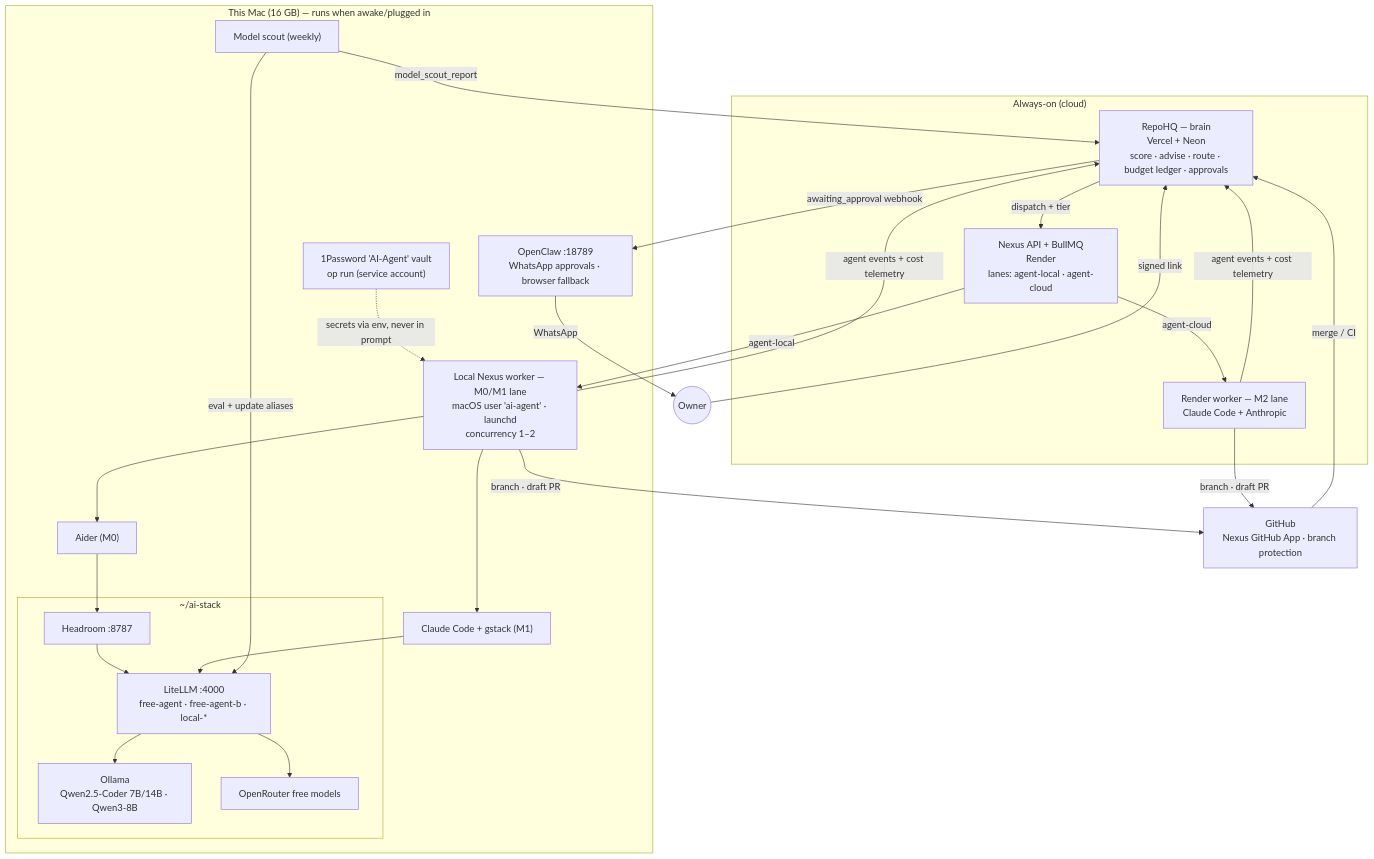
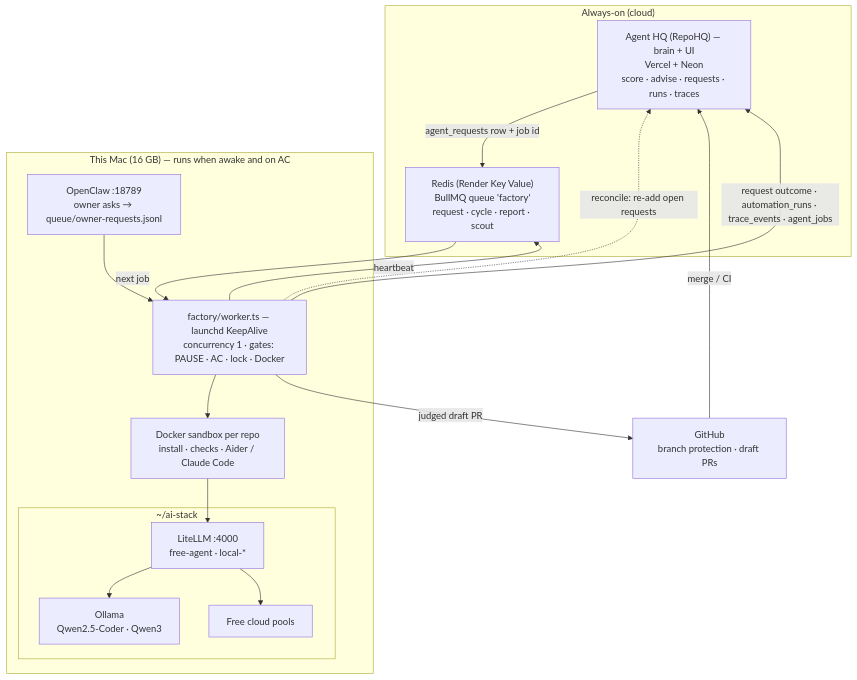
One commit to smithdavedesign/Github-HQ changed the second of 2 diagrams in docs/autonomous-factory.md. Above: the diagram before and after it, drawn with Mermaid. The commit also changed other lines of this file and 146 other files, not shown here.

First line of the commit message:
One agent system: factory as the only executor, Nexus queue moved in (Phase 81) (#25)

````diff
--- a/docs/autonomous-factory.md
+++ b/docs/autonomous-factory.md
@@ -265,39 +268,30 @@
 ```mermaid
 flowchart TB
     subgraph Cloud["Always-on (cloud)"]
-        RHQ["RepoHQ — brain\nVercel + Neon\nscore · advise · route · budget ledger · approvals"]
-        NX["Nexus API + BullMQ\nRender\nlanes: agent-local · agent-cloud"]
-        RW["Render worker — M2 lane\nClaude Code + Anthropic"]
+        RHQ["Agent HQ (RepoHQ) — brain + UI\nVercel + Neon\nscore · advise · requests · runs · traces"]
+        RD["Redis (Render Key Value)\nBullMQ queue 'factory'\nrequest · cycle · report · scout"]
     end
 
-    subgraph Mac["This Mac (16 GB) — runs when awake/plugged in"]
-        LW["Local Nexus worker — M0/M1 lane\nmacOS user 'ai-agent' · launchd\nconcurrency 1–2"]
-        AID["Aider (M0)"]
-        CC["Claude Code + gstack (M1)"]
+    subgraph Mac["This Mac (16 GB) — runs when awake and on AC"]
+        W["factory/worker.ts — launchd KeepAlive\nconcurrency 1 · gates: PAUSE · AC · lock · Docker"]
+        SB["Docker sandbox per repo\ninstall · checks · Aider / Claude Code"]
         subgraph Stack["~/ai-stack"]
-            HR["Headroom :8787"] --> LL["LiteLLM :4000\nfree-agent · free-agent-b · local-*"]
-            LL --> OL["Ollama\nQwen2.5-Coder 7B/14B · Qwen3-8B"]
-            LL --> OR["OpenRouter free models"]
+            LL["LiteLLM :4000\nfree-agent · local-*"]
+            LL --> OL["Ollama\nQwen2.5-Coder · Qwen3"]
+            LL --> OR["Free cloud pools"]
         end
-        OC["OpenClaw :18789\nWhatsApp approvals · browser fallback"]
-        OP["1Password 'AI-Agent' vault\nop run (service account)"]
-        SC["Model scout (weekly)"]
+        OC["OpenClaw :18789\nowner asks → queue/owner-requests.jsonl"]
     end
 
-    GH["GitHub\nNexus GitHub App · branch protection"]
+    GH["GitHub\nbranch protection · draft PRs"]
 
-    RHQ -->|dispatch + tier| NX
-    NX -->|agent-local| LW
-    NX -->|agent-cloud| RW
-    LW --> AID --> HR
-    LW --> CC --> LL
-    OP -.secrets via env, never in prompt.-> LW
-    LW & RW -->|branch · draft PR| GH
-    LW & RW -->|agent events + cost telemetry| RHQ
-    RHQ -->|awaiting_approval webhook| OC
-    OC -->|WhatsApp| Human((Owner))
-    Human -->|signed link| RHQ
-    SC -->|eval + update aliases| LL
-    SC -->|model_scout_report| RHQ
+    RHQ -->|agent_requests row + job id| RD
+    RD -->|next job| W
+    W -.->|reconcile: re-add open requests| RHQ
+    OC --> W
+    W --> SB --> LL
+    W -->|judged draft PR| GH
+    W -->|request outcome · automation_runs · trace_events · agent_jobs| RHQ
+    W -->|heartbeat| RD
     GH -->|merge / CI| RHQ
 ```
````
